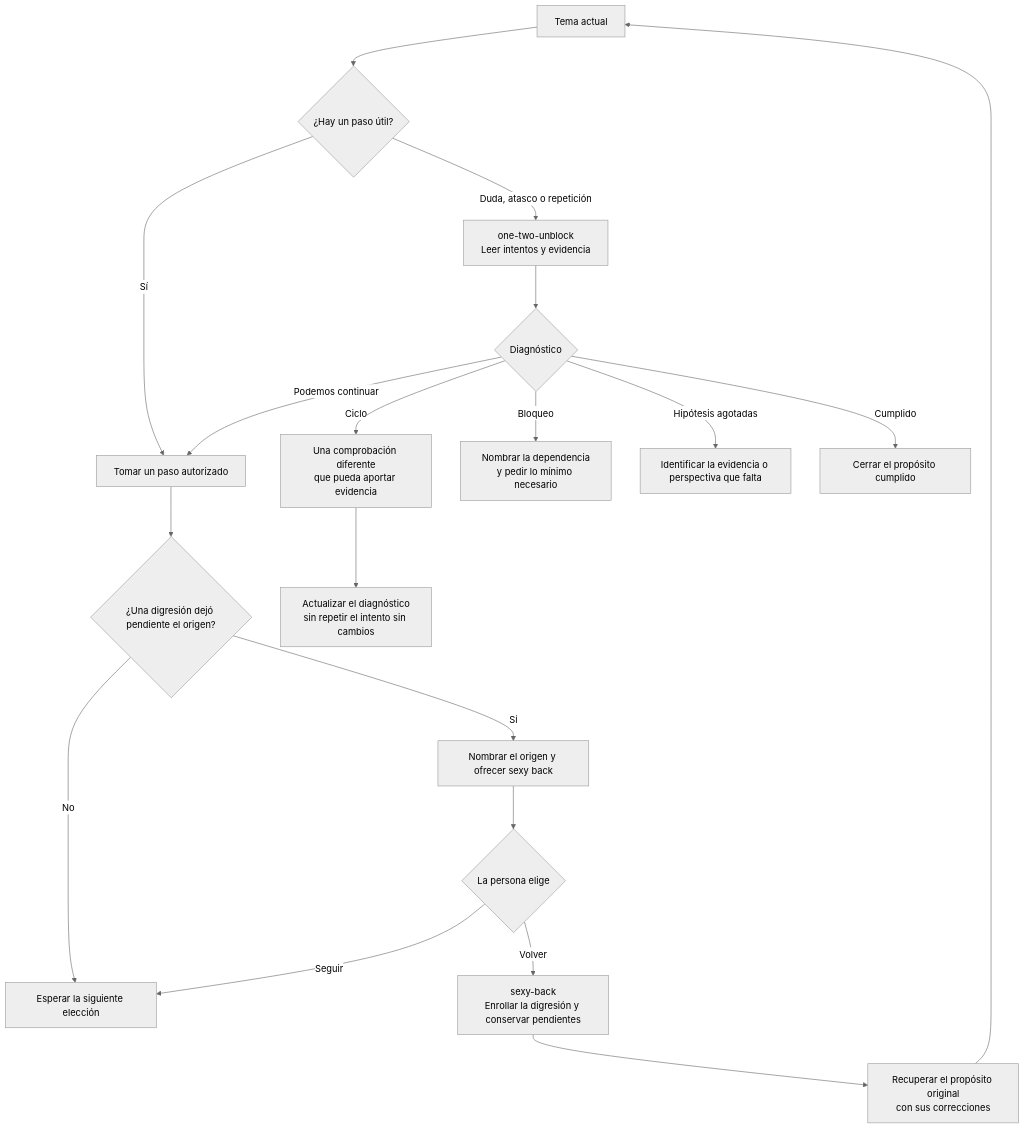
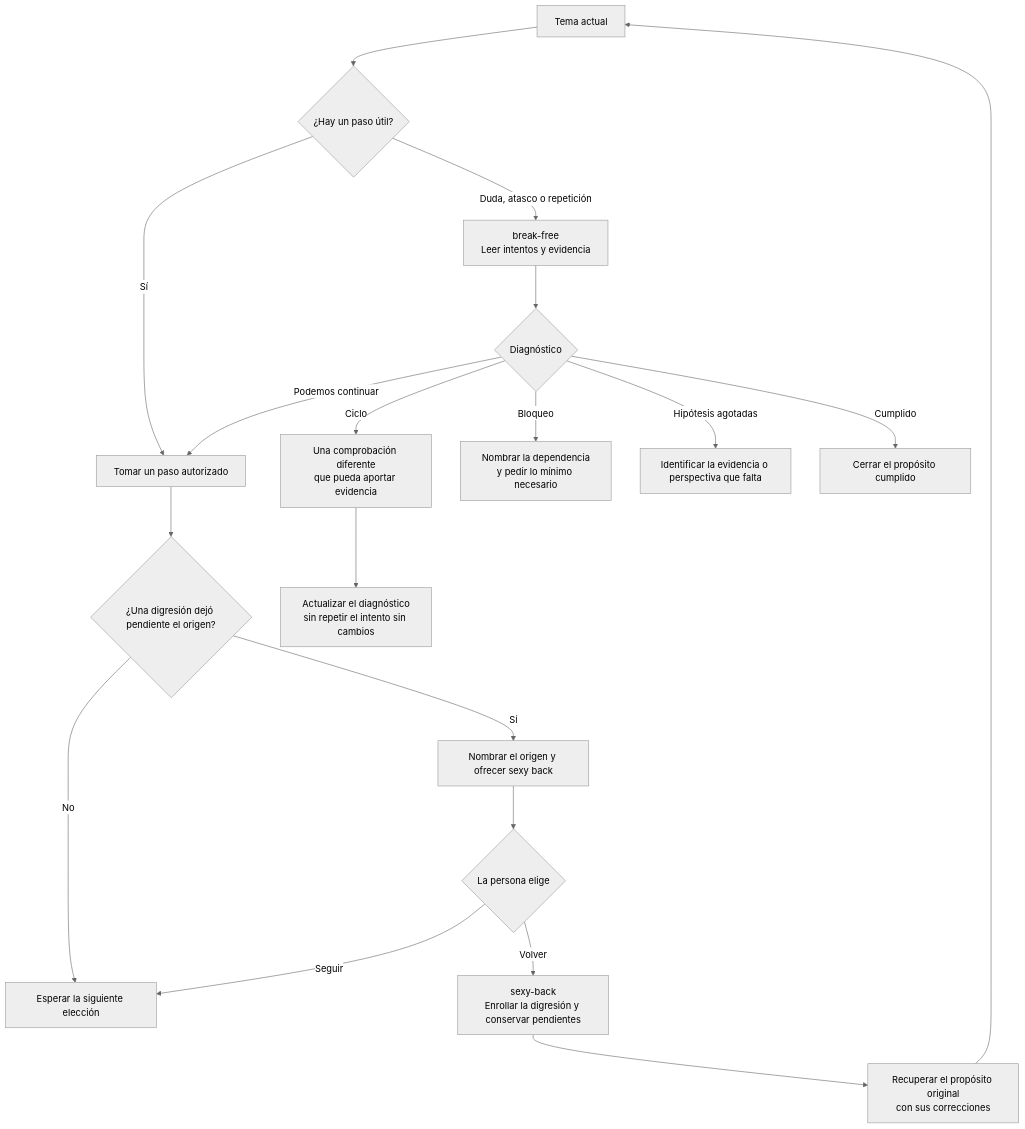
The eighth of 11 diagrams in docs/presentation.es.md (cangrejometralleta/OneTwoThree), drawn with Mermaid (neutral theme) before and after one commit. The commit also changed other lines of this file and 26 other files, not shown here.

````diff
--- a/docs/presentation.es.md
+++ b/docs/presentation.es.md
@@ -270,21 +270,21 @@
 ```mermaid
 flowchart TD
     CURRENT["Tema actual"] --> CHECK{"¿Hay un paso útil?"}
     CHECK -- Sí --> STEP["Tomar un paso autorizado"]
-    CHECK -- "Duda, atasco o repetición" --> UNBLOCK["one-two-unblock<br/>Leer intentos y evidencia"]
+    CHECK -- "Duda, atasco o repetición" --> UNBLOCK["break-free<br/>Leer intentos y evidencia"]
     UNBLOCK --> STATE{"Diagnóstico"}
     STATE -- "Podemos continuar" --> STEP
     STATE -- Ciclo --> OBSERVE["Una comprobación diferente<br/>que pueda aportar evidencia"]
     OBSERVE --> RESULT["Actualizar el diagnóstico<br/>sin repetir el intento sin cambios"]
     STATE -- Bloqueo --> NEED["Nombrar la dependencia<br/>y pedir lo mínimo necesario"]
     STATE -- "Hipótesis agotadas" --> HELP["Identificar la evidencia o perspectiva que falta"]
     STATE -- Cumplido --> DONE["Cerrar el propósito cumplido"]
     STEP --> RETURN{"¿Una digresión dejó pendiente el origen?"}
     RETURN -- No --> WAIT["Esperar la siguiente elección"]
     RETURN -- Sí --> OFFER["Nombrar el origen y ofrecer sexy back"]
     OFFER --> CHOICE{"La persona elige"}
     CHOICE -- Seguir --> WAIT
     CHOICE -- Volver --> ROLL["sexy-back<br/>Enrollar la digresión y conservar pendientes"]
     ROLL --> ORIGIN["Recuperar el propósito original<br/>con sus correcciones"]
     ORIGIN --> CURRENT
 ```
````
